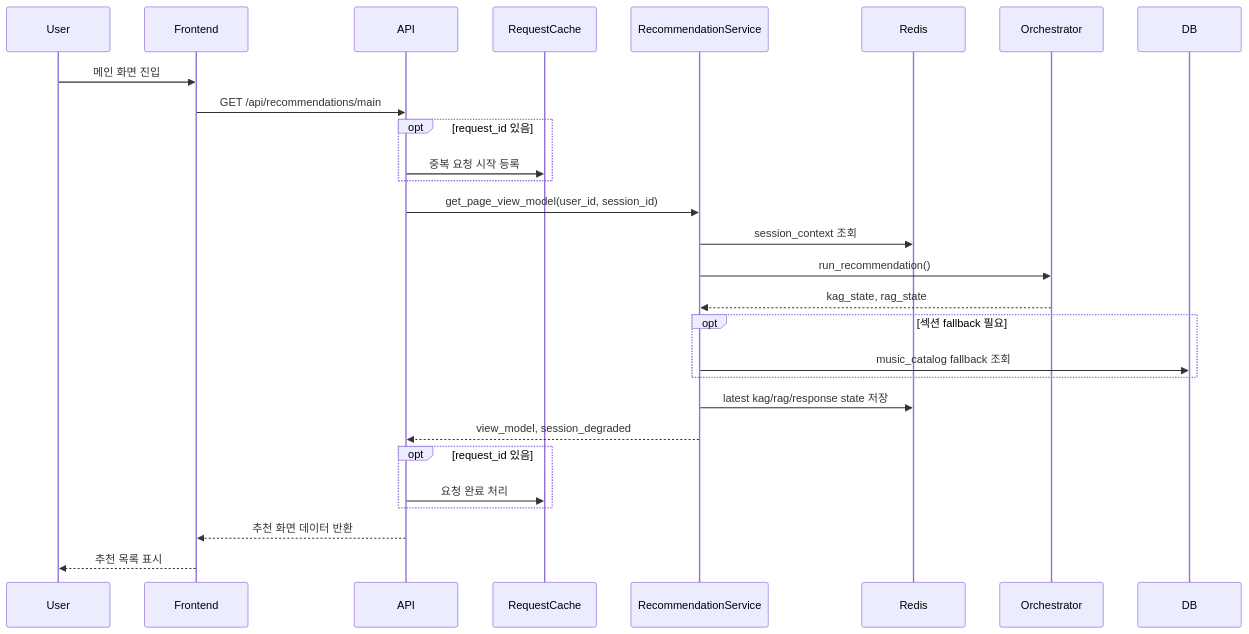
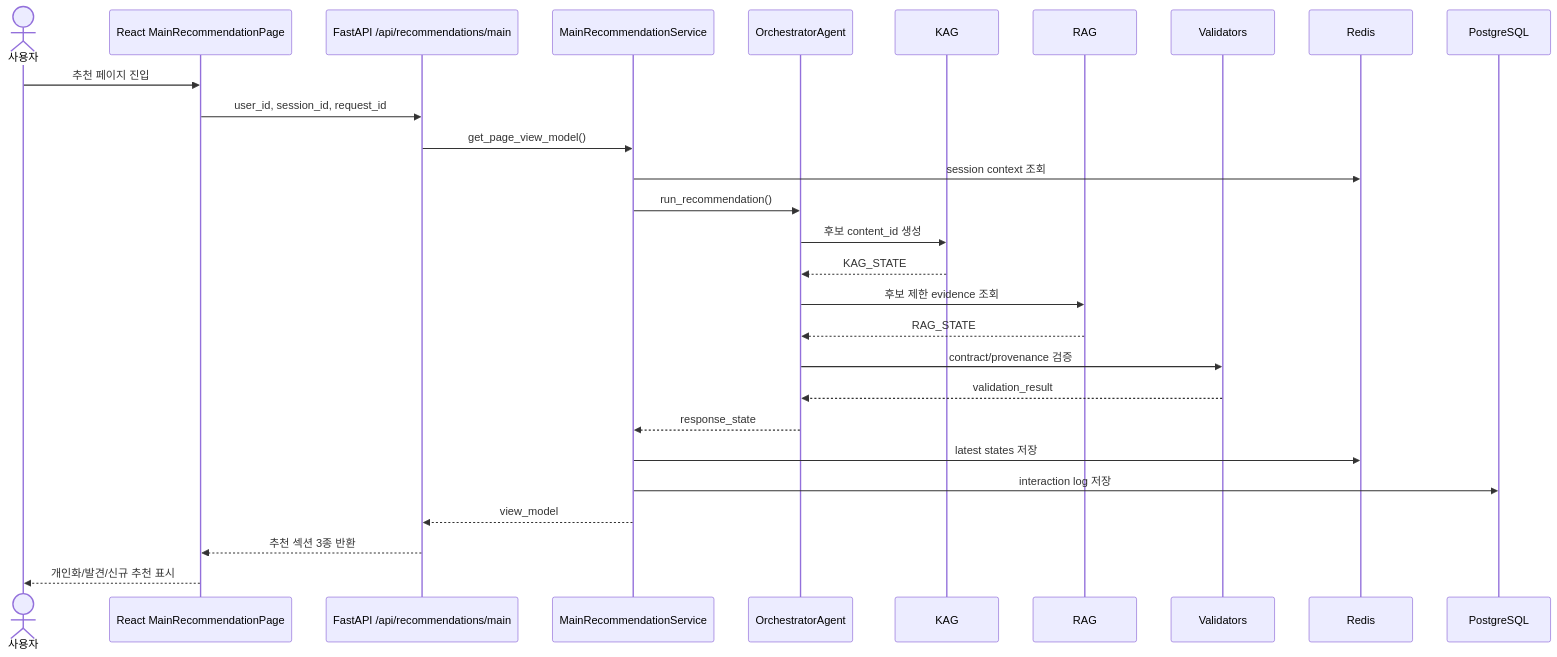
Before and after one commit to SKNETWORKS-FAMILY-AICAMP/SKN27-3rd-2TEAM: the eighth of 12 diagrams in README.md, drawn with Mermaid. The commit also changed other lines of this file and 35 other files, not shown here.

````diff
--- a/README.md
+++ b/README.md
@@ -350,31 +412,31 @@
 ```mermaid
 sequenceDiagram
-    participant User
-    participant Frontend
-    participant API
-    participant RequestCache
-    participant RecommendationService
-    participant Redis
-    participant Orchestrator
-    participant DB
+    actor User as 사용자
+    participant FE as React MainRecommendationPage
+    participant API as FastAPI /api/recommendations/main
+    participant SVC as MainRecommendationService
+    participant ORCH as OrchestratorAgent
+    participant KAG as KAG
+    participant RAG as RAG
+    participant VAL as Validators
+    participant Redis as Redis
+    participant PG as PostgreSQL
 
-    User->>Frontend: 메인 화면 진입
-    Frontend->>API: GET /api/recommendations/main
-    opt request_id 있음
-        API->>RequestCache: 중복 요청 시작 등록
-    end
-    API->>RecommendationService: get_page_view_model(user_id, session_id)
-    RecommendationService->>Redis: session_context 조회
-    RecommendationService->>Orchestrator: run_recommendation()
-    Orchestrator-->>RecommendationService: kag_state, rag_state
-    opt 섹션 fallback 필요
-        RecommendationService->>DB: music_catalog fallback 조회
-    end
-    RecommendationService->>Redis: latest kag/rag/response state 저장
-    RecommendationService-->>API: view_model, session_degraded
-    opt request_id 있음
-        API->>RequestCache: 요청 완료 처리
-    end
-    API-->>Frontend: 추천 화면 데이터 반환
-    Frontend-->>User: 추천 목록 표시
+    User->>FE: 추천 페이지 진입
+    FE->>API: user_id, session_id, request_id
+    API->>SVC: get_page_view_model()
+    SVC->>Redis: session context 조회
+    SVC->>ORCH: run_recommendation()
+    ORCH->>KAG: 후보 content_id 생성
+    KAG-->>ORCH: KAG_STATE
+    ORCH->>RAG: 후보 제한 evidence 조회
+    RAG-->>ORCH: RAG_STATE
+    ORCH->>VAL: contract/provenance 검증
+    VAL-->>ORCH: validation_result
+    ORCH-->>SVC: response_state
+    SVC->>Redis: latest states 저장
+    SVC->>PG: interaction log 저장
+    SVC-->>API: view_model
+    API-->>FE: 추천 섹션 3종 반환
+    FE-->>User: 개인화/발견/신규 추천 표시
 ```
````
